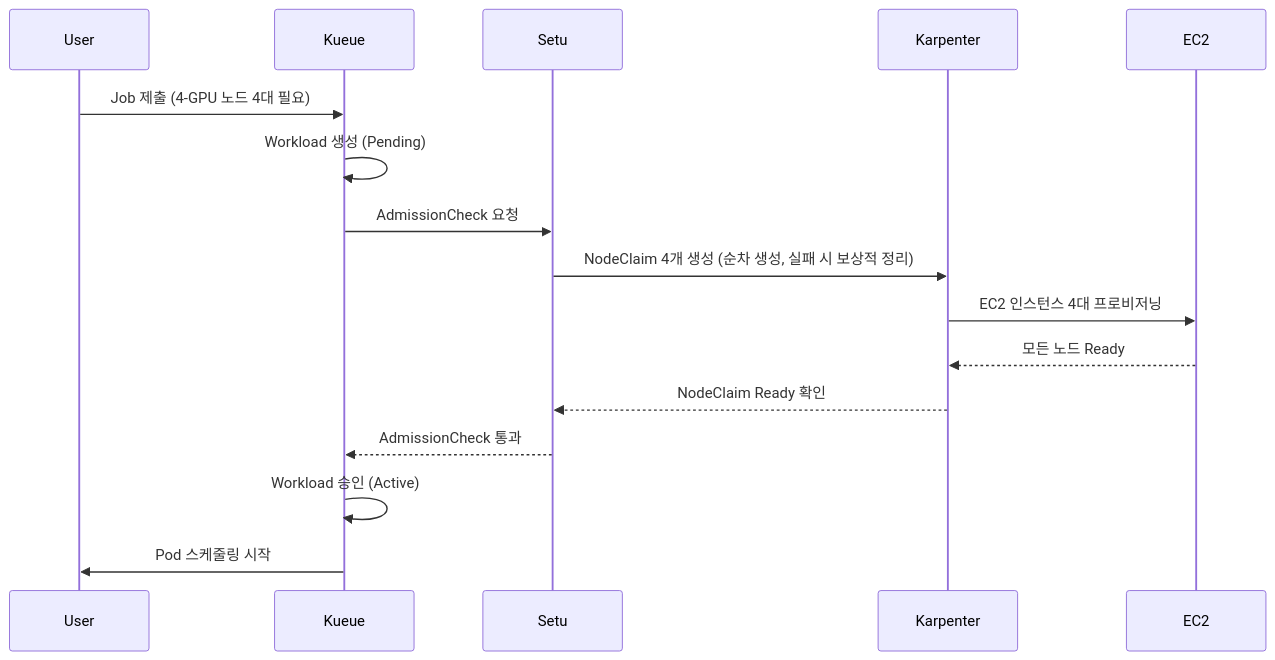
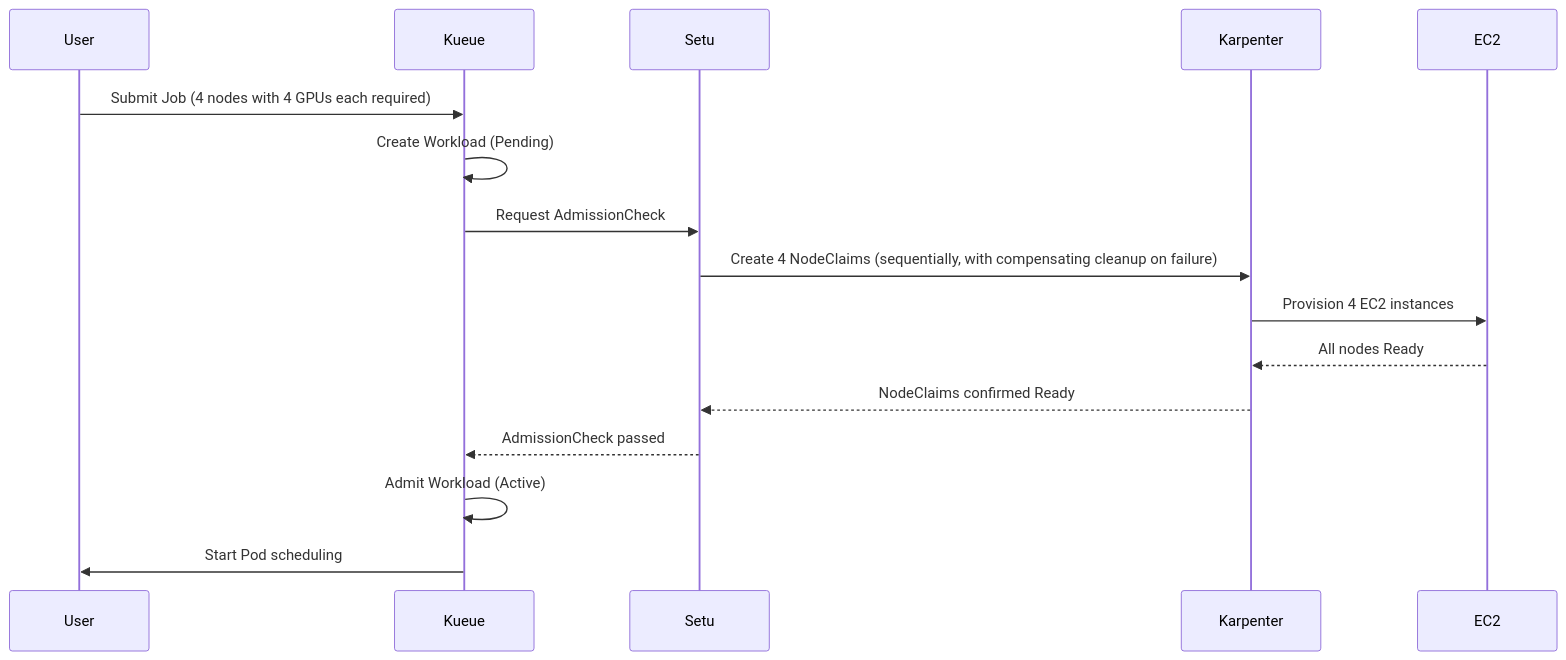
One commit to devfloor9/engineering-playbook changed the fifth of 12 diagrams in docs/eks-best-practices/operations-reliability/eks-pod-scheduling-availability.md. Above: the diagram before and after it, drawn with Mermaid. The commit also changed other lines of this file and 954 other files, not shown here.

````diff
--- a/docs/eks-best-practices/operations-reliability/eks-pod-scheduling-availability.md
+++ b/docs/eks-best-practices/operations-reliability/eks-pod-scheduling-availability.md
@@ -3645,19 +3650,19 @@
 ```mermaid
 sequenceDiagram
     participant User
     participant Kueue
     participant Setu
     participant Karpenter
     participant EC2
 
-    User->>Kueue: Job 제출 (4-GPU 노드 4대 필요)
-    Kueue->>Kueue: Workload 생성 (Pending)
-    Kueue->>Setu: AdmissionCheck 요청
-    Setu->>Karpenter: NodeClaim 4개 생성 (순차 생성, 실패 시 보상적 정리)
-    Karpenter->>EC2: EC2 인스턴스 4대 프로비저닝
-    EC2-->>Karpenter: 모든 노드 Ready
-    Karpenter-->>Setu: NodeClaim Ready 확인
-    Setu-->>Kueue: AdmissionCheck 통과
-    Kueue->>Kueue: Workload 승인 (Active)
-    Kueue->>User: Pod 스케줄링 시작
+    User->>Kueue: Submit Job (4 nodes with 4 GPUs each required)
+    Kueue->>Kueue: Create Workload (Pending)
+    Kueue->>Setu: Request AdmissionCheck
+    Setu->>Karpenter: Create 4 NodeClaims (sequentially, with compensating cleanup on failure)
+    Karpenter->>EC2: Provision 4 EC2 instances
+    EC2-->>Karpenter: All nodes Ready
+    Karpenter-->>Setu: NodeClaims confirmed Ready
+    Setu-->>Kueue: AdmissionCheck passed
+    Kueue->>Kueue: Admit Workload (Active)
+    Kueue->>User: Start Pod scheduling
 ```
````
